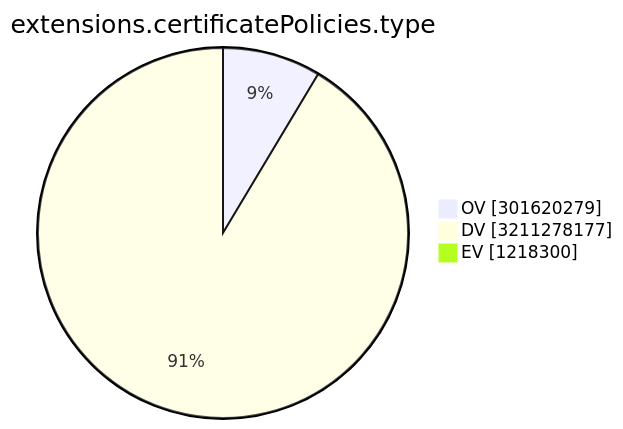
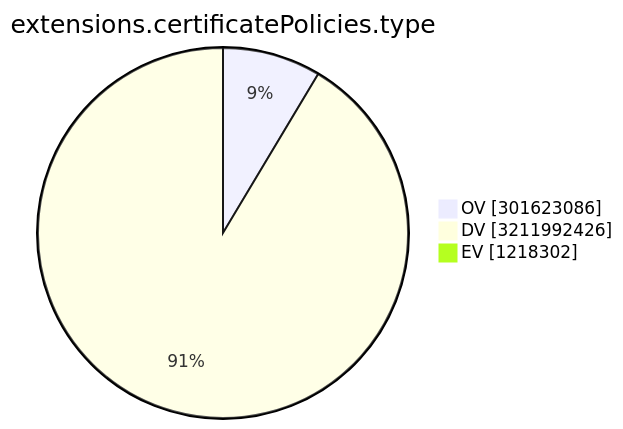
One commit to christiankrug/ctmonitor_visualization changed the ninth of 15 diagrams in TOTAL/README.md. Above: the diagram before and after it, drawn with Mermaid. The commit also changed other lines of this file, not shown here.

````diff
--- a/TOTAL/README.md
+++ b/TOTAL/README.md
@@ -3106,7 +3106,7 @@
 ```mermaid
 pie showData
 title extensions.certificatePolicies.type
-"OV" :301620279
-"DV" :3211278177
-"EV" :1218300
+"OV" :301623086
+"DV" :3211992426
+"EV" :1218302
 ```
````
